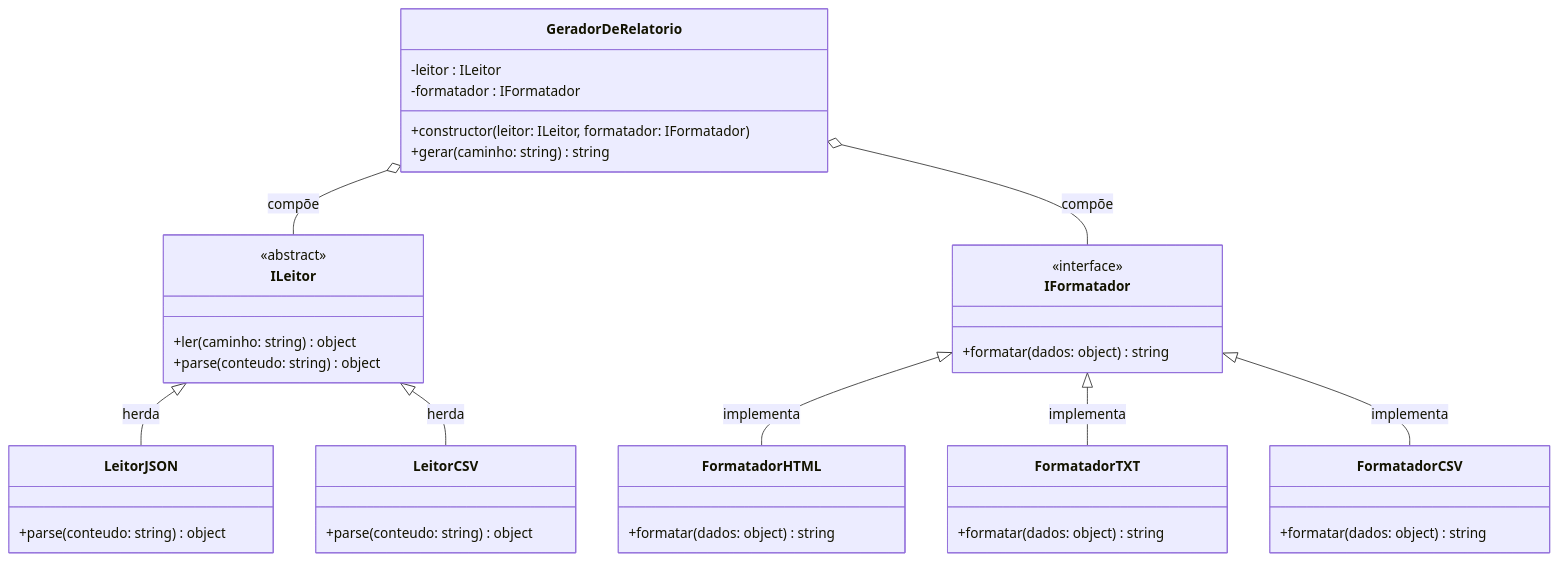
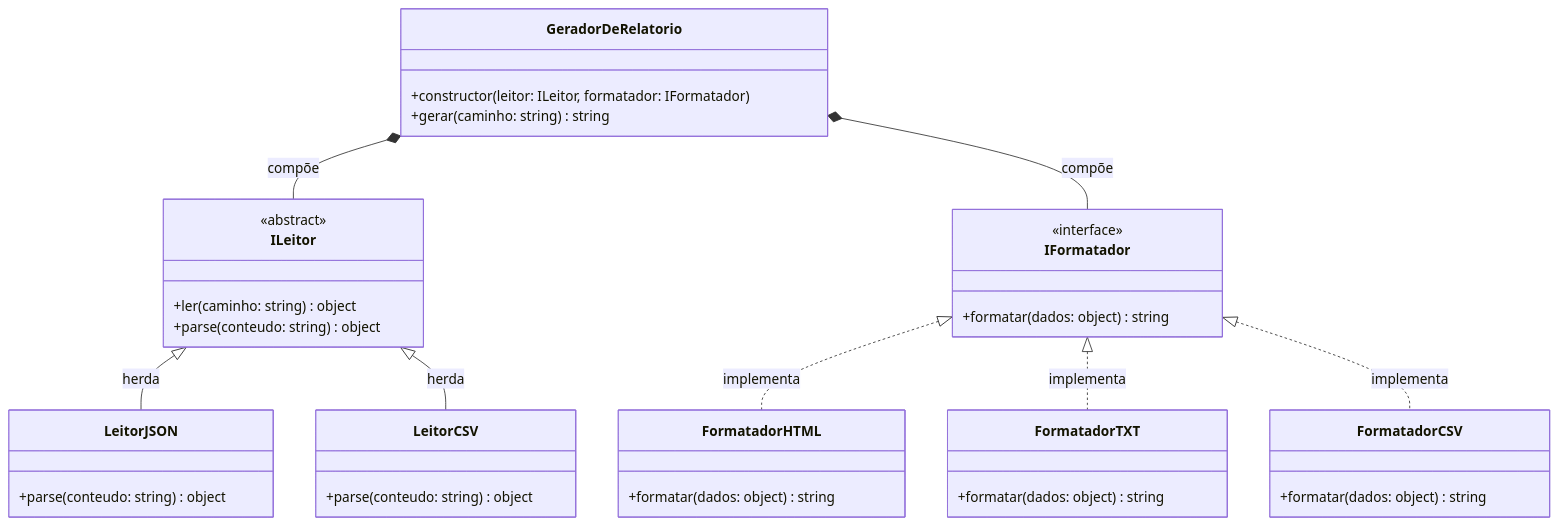
The diagram in specs/diagramas/diagrama_classes_mod.mmd (lhwiedmer/tp2_eng_soft), drawn with Mermaid before and after one commit. The commit also changed 11 other files, not shown here.

Commit message:
[FIX] diagramas e interface do programa

```diff
--- a/specs/diagramas/diagrama_classes_mod.mmd
+++ b/specs/diagramas/diagrama_classes_mod.mmd
@@ -1,48 +1,46 @@
 classDiagram
     class ILeitor {
         <<abstract>>
         +ler(caminho: string) object
         +parse(conteudo: string) object
     }
     
     class LeitorJSON {
         +parse(conteudo: string) object
     }
     
     class LeitorCSV {
         +parse(conteudo: string) object
     }
 
     class IFormatador {
         <<interface>>
         +formatar(dados: object) string
     }
     
     class FormatadorHTML {
         +formatar(dados: object) string
     }
     
     class FormatadorTXT {
         +formatar(dados: object) string
     }
     
     class FormatadorCSV {
         +formatar(dados: object) string
     }
 
     class GeradorDeRelatorio {
-        -leitor : ILeitor
-        -formatador : IFormatador
         +constructor(leitor: ILeitor, formatador: IFormatador)
         +gerar(caminho: string) string
     }
 
     ILeitor <|-- LeitorJSON : herda
     ILeitor <|-- LeitorCSV : herda
 
-    IFormatador <|-- FormatadorHTML : implementa
-    IFormatador <|-- FormatadorTXT : implementa
-    IFormatador <|-- FormatadorCSV : implementa
+    IFormatador <|.. FormatadorHTML : implementa
+    IFormatador <|.. FormatadorTXT : implementa
+    IFormatador <|.. FormatadorCSV : implementa
 
-    GeradorDeRelatorio o-- ILeitor : compõe
-    GeradorDeRelatorio o-- IFormatador : compõe
+    GeradorDeRelatorio *-- ILeitor : compõe
+    GeradorDeRelatorio *-- IFormatador : compõe
```
